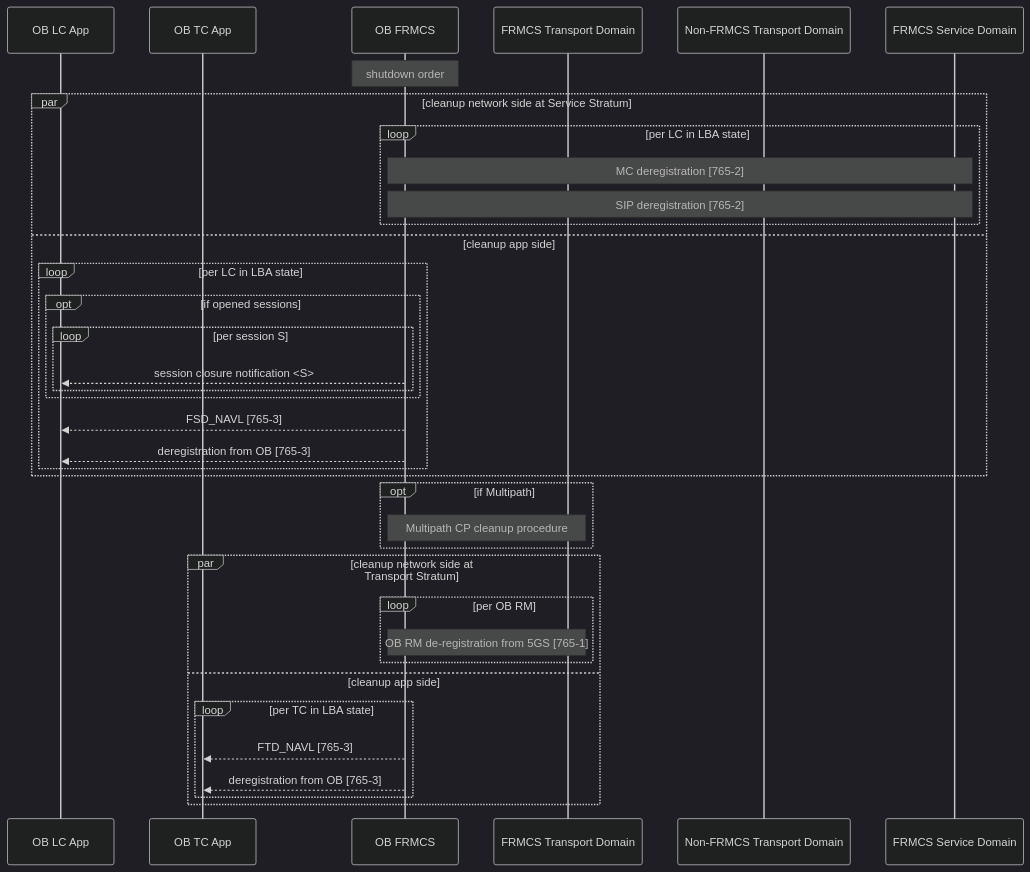
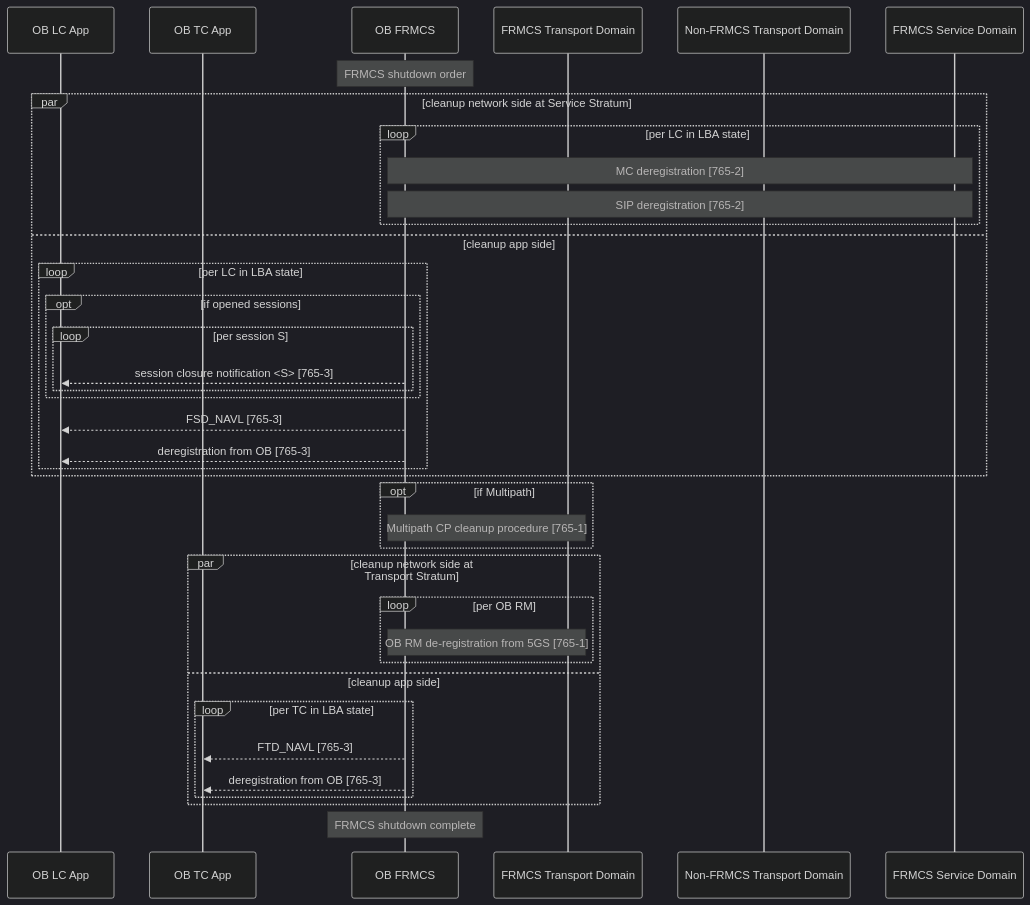
Before and after one commit to UICrail/FRMCSSandbox: the second of 2 diagrams in E2EProcedures/README.md, drawn with Mermaid (dark theme). The commit also changed other lines of this file, not shown here.

Commit message:
README.md - corrected missing references and Non-FRMCS TD reg.

````diff
--- a/E2EProcedures/README.md
+++ b/E2EProcedures/README.md
@@ -44,45 +44,46 @@
 ```mermaid
 
 sequenceDiagram
 participant AL as OB LC App
 participant AT as OB TC App
 participant O as OB FRMCS
 participant FTD as FRMCS Transport Domain
 participant NFTD as Non-FRMCS Transport Domain
 participant FSD as FRMCS Service Domain
 
-Note over O: shutdown order
+Note over O: FRMCS shutdown order
 
 par cleanup network side at Service Stratum
   loop per LC in LBA state
     Note over O,FSD:  MC deregistration [765-2]
     Note over O,FSD:  SIP deregistration [765-2]
   end
 and cleanup app side
   loop per LC in LBA state
     opt if opened sessions
       loop per session S
-        O -->>AL:  session closure notification <S>
+        O -->>AL:  session closure notification <S> [765-3]
       end
     end
     O-->>AL:  FSD_NAVL [765-3]
     O-->>AL:  deregistration from OB [765-3]
   end
 end
 
 opt if Multipath
-  Note over O,FTD: Multipath CP cleanup procedure
+  Note over O,FTD: Multipath CP cleanup procedure [765-1]
 end
 
 par cleanup network side at Transport Stratum
   loop per OB RM
     Note over O,FTD: OB RM de-registration from 5GS [765-1]
   end
 and cleanup app side
   loop per TC in LBA state
     O-->>AT:  FTD_NAVL [765-3]
     O-->>AT:  deregistration from OB [765-3]
   end
 end 
 
+Note over O: FRMCS shutdown complete
 ```
````
